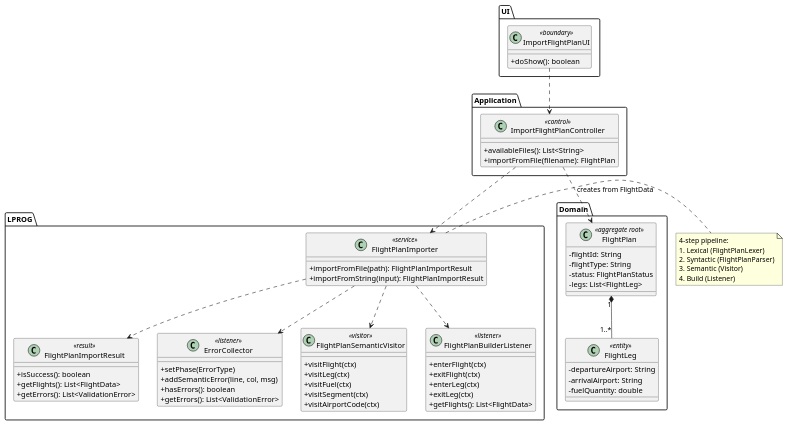
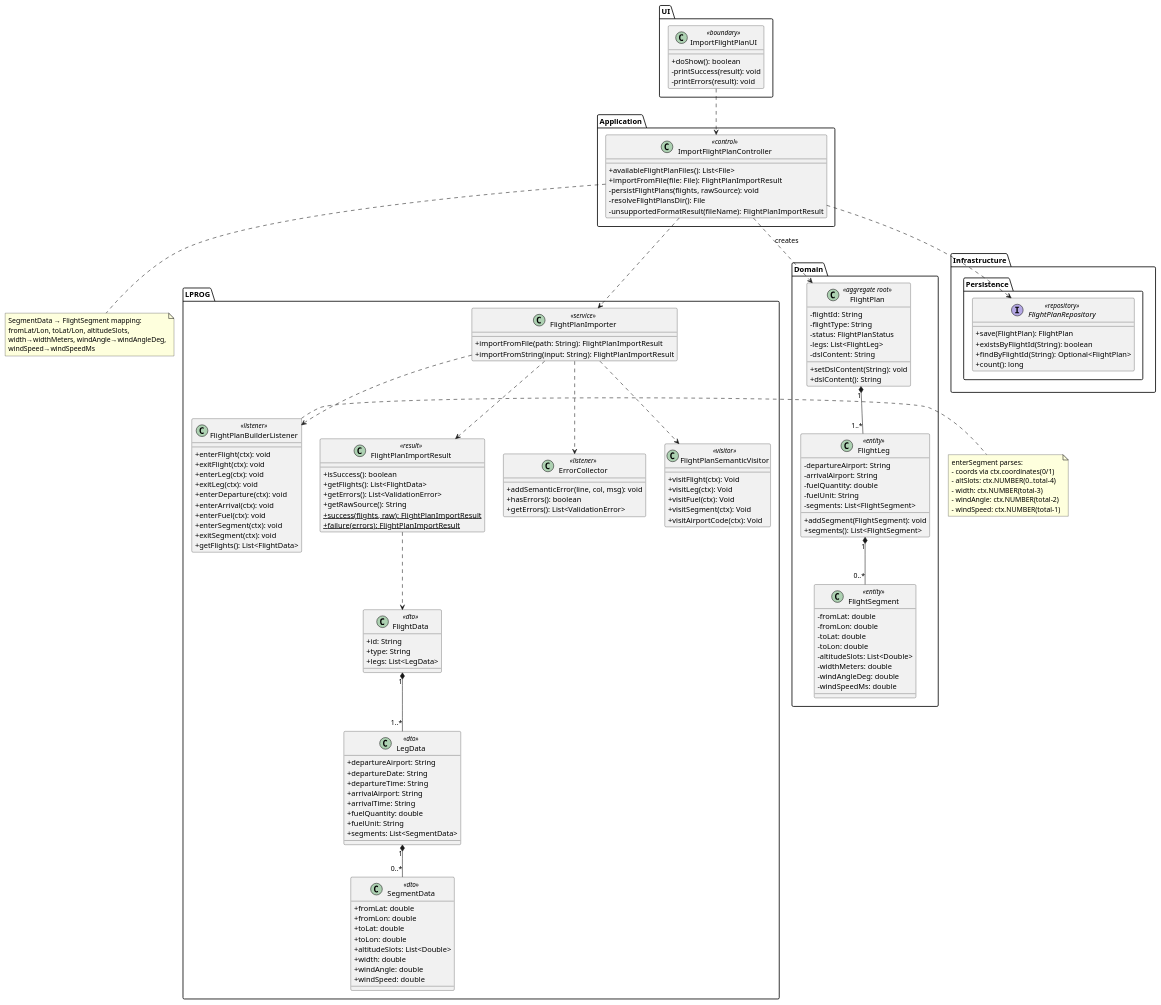
Before and after one commit to DuartePinto1240/sem4pi2526-sem4pi2526_2da2: the diagram in docs/Sprint 3/EAPLI/US081/puml/US081-class-diagram.puml, drawn with PlantUML. The commit also changed 9 other files, not shown here.

```diff
--- a/docs/Sprint 3/EAPLI/US081/puml/US081-class-diagram.puml
+++ b/docs/Sprint 3/EAPLI/US081/puml/US081-class-diagram.puml
@@ -1,79 +1,155 @@
 @startuml
 skinparam classAttributeIconSize 0
 
 package "UI" {
   class ImportFlightPlanUI <<boundary>> {
     +doShow(): boolean
+    -printSuccess(result): void
+    -printErrors(result): void
   }
 }
 
 package "Application" {
   class ImportFlightPlanController <<control>> {
-    +availableFiles(): List<String>
-    +importFromFile(filename): FlightPlan
+    +availableFlightPlanFiles(): List<File>
+    +importFromFile(file: File): FlightPlanImportResult
+    -persistFlightPlans(flights, rawSource): void
+    -resolveFlightPlansDir(): File
+    -unsupportedFormatResult(fileName): FlightPlanImportResult
   }
 }
 
 package "LPROG" {
   class FlightPlanImporter <<service>> {
-    +importFromFile(path): FlightPlanImportResult
-    +importFromString(input): FlightPlanImportResult
+    +importFromFile(path: String): FlightPlanImportResult
+    +importFromString(input: String): FlightPlanImportResult
   }
   class FlightPlanImportResult <<result>> {
     +isSuccess(): boolean
     +getFlights(): List<FlightData>
     +getErrors(): List<ValidationError>
+    +getRawSource(): String
+    +{static} success(flights, raw): FlightPlanImportResult
+    +{static} failure(errors): FlightPlanImportResult
   }
   class ErrorCollector <<listener>> {
-    +setPhase(ErrorType)
-    +addSemanticError(line, col, msg)
+    +addSemanticError(line, col, msg): void
     +hasErrors(): boolean
     +getErrors(): List<ValidationError>
   }
   class FlightPlanSemanticVisitor <<visitor>> {
-    +visitFlight(ctx)
-    +visitLeg(ctx)
-    +visitFuel(ctx)
-    +visitSegment(ctx)
-    +visitAirportCode(ctx)
+    +visitFlight(ctx): Void
+    +visitLeg(ctx): Void
+    +visitFuel(ctx): Void
+    +visitSegment(ctx): Void
+    +visitAirportCode(ctx): Void
   }
   class FlightPlanBuilderListener <<listener>> {
-    +enterFlight(ctx)
-    +exitFlight(ctx)
-    +enterLeg(ctx)
-    +exitLeg(ctx)
+    +enterFlight(ctx): void
+    +exitFlight(ctx): void
+    +enterLeg(ctx): void
+    +exitLeg(ctx): void
+    +enterDeparture(ctx): void
+    +enterArrival(ctx): void
+    +enterFuel(ctx): void
+    +enterSegment(ctx): void
+    +exitSegment(ctx): void
     +getFlights(): List<FlightData>
+  }
+  class FlightData <<dto>> {
+    +id: String
+    +type: String
+    +legs: List<LegData>
+  }
+  class LegData <<dto>> {
+    +departureAirport: String
+    +departureDate: String
+    +departureTime: String
+    +arrivalAirport: String
+    +arrivalTime: String
+    +fuelQuantity: double
+    +fuelUnit: String
+    +segments: List<SegmentData>
+  }
+  class SegmentData <<dto>> {
+    +fromLat: double
+    +fromLon: double
+    +toLat: double
+    +toLon: double
+    +altitudeSlots: List<Double>
+    +width: double
+    +windAngle: double
+    +windSpeed: double
   }
 }
 
 package "Domain" {
   class FlightPlan <<aggregate root>> {
     -flightId: String
     -flightType: String
     -status: FlightPlanStatus
     -legs: List<FlightLeg>
+    -dslContent: String
+    +setDslContent(String): void
+    +dslContent(): String
   }
   class FlightLeg <<entity>> {
     -departureAirport: String
     -arrivalAirport: String
     -fuelQuantity: double
+    -fuelUnit: String
+    -segments: List<FlightSegment>
+    +addSegment(FlightSegment): void
+    +segments(): List<FlightSegment>
+  }
+  class FlightSegment <<entity>> {
+    -fromLat: double
+    -fromLon: double
+    -toLat: double
+    -toLon: double
+    -altitudeSlots: List<Double>
+    -widthMeters: double
+    -windAngleDeg: double
+    -windSpeedMs: double
+  }
+}
+
+package "Infrastructure.Persistence" {
+  interface FlightPlanRepository <<repository>> {
+    +save(FlightPlan): FlightPlan
+    +existsByFlightId(String): boolean
+    +findByFlightId(String): Optional<FlightPlan>
+    +count(): long
   }
 }
 
 ImportFlightPlanUI ..> ImportFlightPlanController
 ImportFlightPlanController ..> FlightPlanImporter
+ImportFlightPlanController ..> FlightPlan : creates
+ImportFlightPlanController ..> FlightPlanRepository
 FlightPlanImporter ..> ErrorCollector
 FlightPlanImporter ..> FlightPlanSemanticVisitor
 FlightPlanImporter ..> FlightPlanBuilderListener
 FlightPlanImporter ..> FlightPlanImportResult
-ImportFlightPlanController ..> FlightPlan : creates from FlightData
+FlightPlanImportResult ..> FlightData
+FlightData "1" *-- "1..*" LegData
+LegData "1" *-- "0..*" SegmentData
 FlightPlan "1" *-- "1..*" FlightLeg
+FlightLeg "1" *-- "0..*" FlightSegment
 
-note right of FlightPlanImporter
-  4-step pipeline:
-  1. Lexical (FlightPlanLexer)
-  2. Syntactic (FlightPlanParser)
-  3. Semantic (Visitor)
-  4. Build (Listener)
+note right of FlightPlanBuilderListener
+  enterSegment parses:
+  - coords via ctx.coordinates(0/1)
+  - altSlots: ctx.NUMBER(0..total-4)
+  - width: ctx.NUMBER(total-3)
+  - windAngle: ctx.NUMBER(total-2)
+  - windSpeed: ctx.NUMBER(total-1)
+end note
+
+note bottom of ImportFlightPlanController
+  SegmentData → FlightSegment mapping:
+  fromLat/Lon, toLat/Lon, altitudeSlots,
+  width→widthMeters, windAngle→windAngleDeg,
+  windSpeed→windSpeedMs
 end note
 @enduml
```
